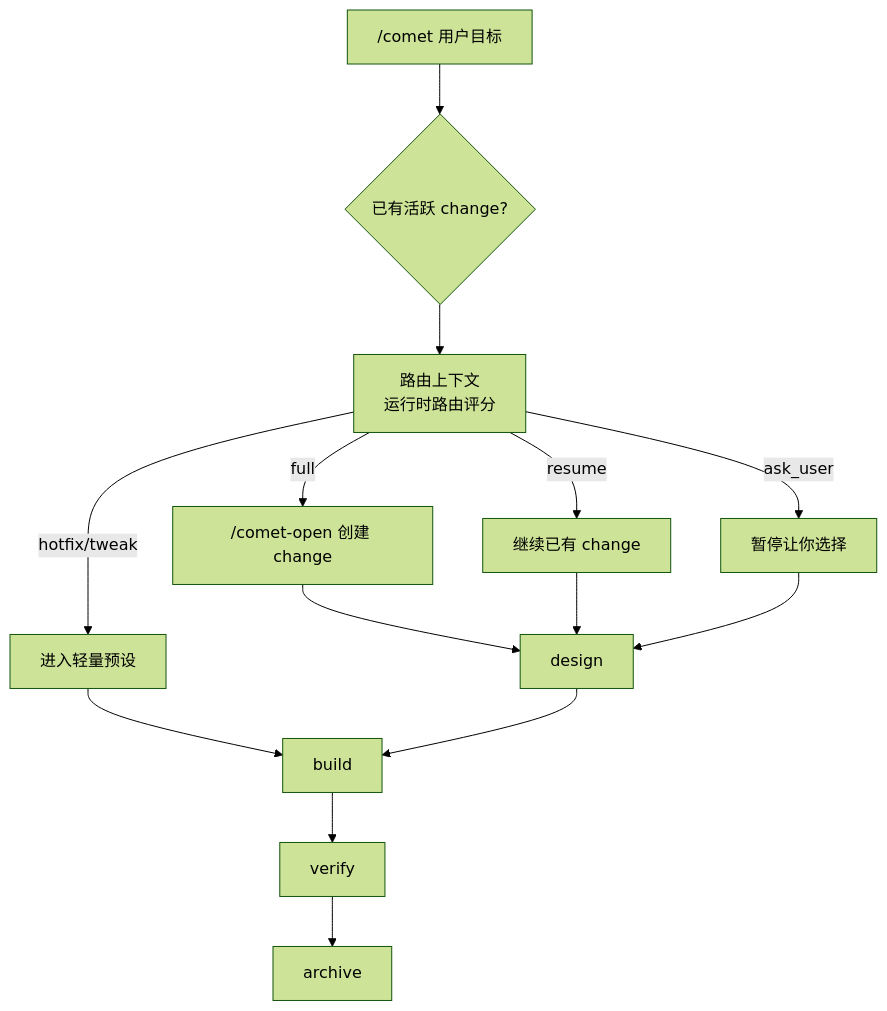
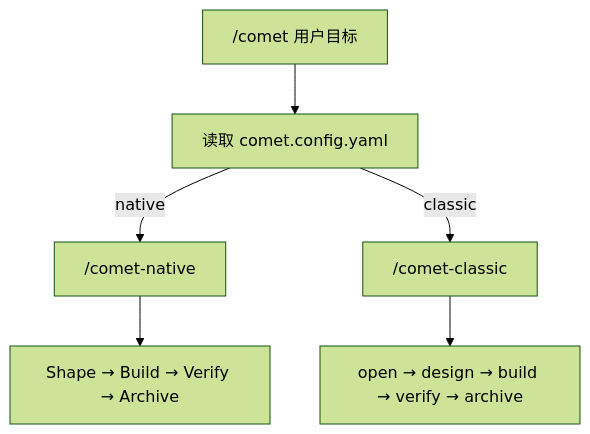
One commit to rpamis/comet-website-docs changed the diagram in zh/quickstart.mdx. Above: the diagram before and after it, drawn with Mermaid (forest theme). The commit also changed other lines of this file and 65 other files, not shown here.

Commit message:
docs: clarify Native and Classic workflow entries

````diff
--- a/zh/quickstart.mdx
+++ b/zh/quickstart.mdx
@@ -57,16 +67,8 @@
 ```mermaid
 flowchart TD
-  A["/comet 用户目标"] --> B{"已有活跃 change?"}
-  B --> R["路由上下文<br/>运行时路由评分"]
-  R -->|full| C["/comet-open 创建 change"]
-  R -->|hotfix/tweak| P["进入轻量预设"]
-  R -->|resume| D["继续已有 change"]
-  R -->|ask_user| E["暂停让你选择"]
-  C --> F["design"]
-  D --> F
-  E --> F
-  P --> G
-  F --> G["build"]
-  G --> H["verify"]
-  H --> I["archive"]
+  A["/comet 用户目标"] --> B["读取 comet.config.yaml"]
+  B -->|native| N["/comet-native"]
+  B -->|classic| C["/comet-classic"]
+  N --> NS["Shape → Build → Verify → Archive"]
+  C --> CS["open → design → build → verify → archive"]
 ```
````
